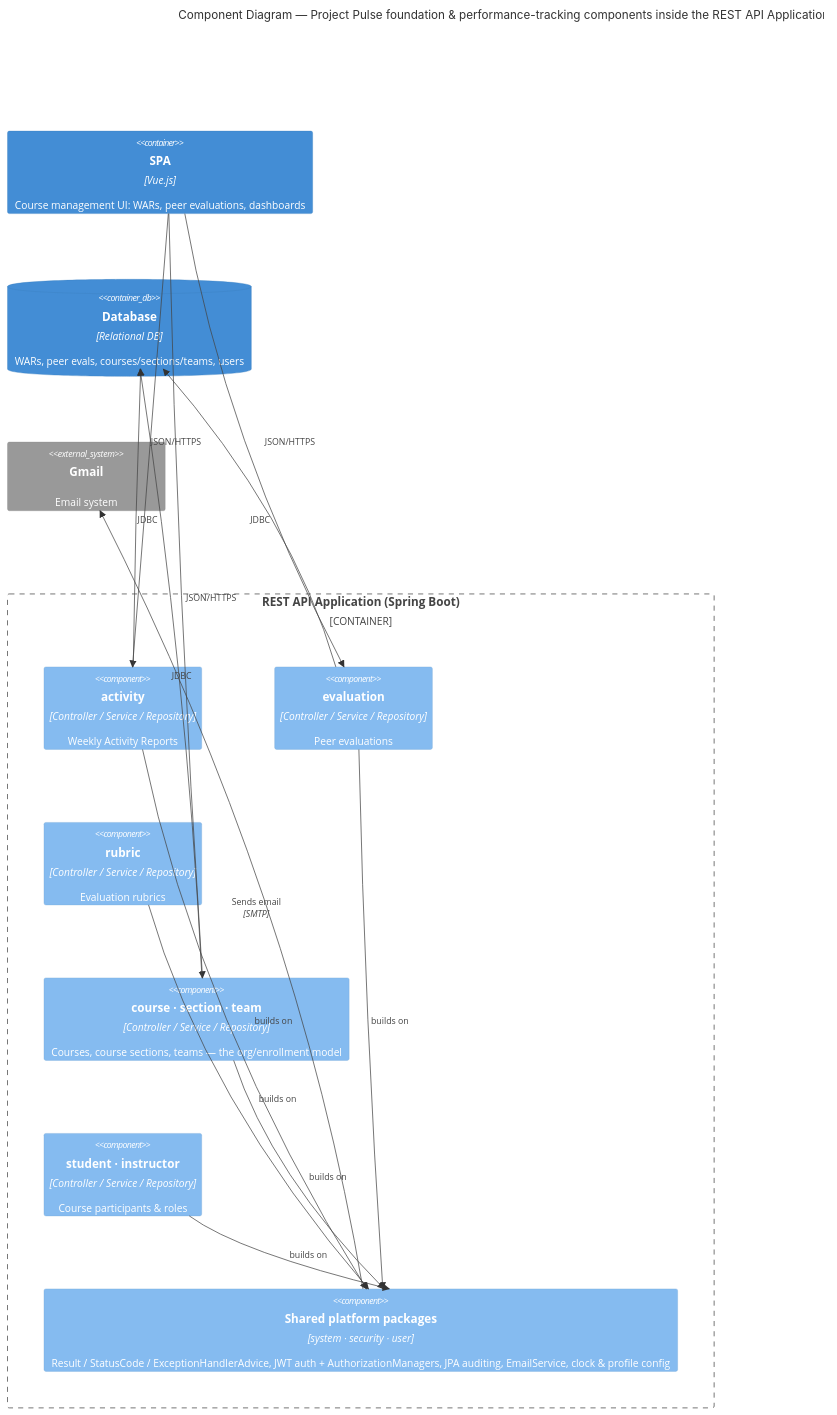
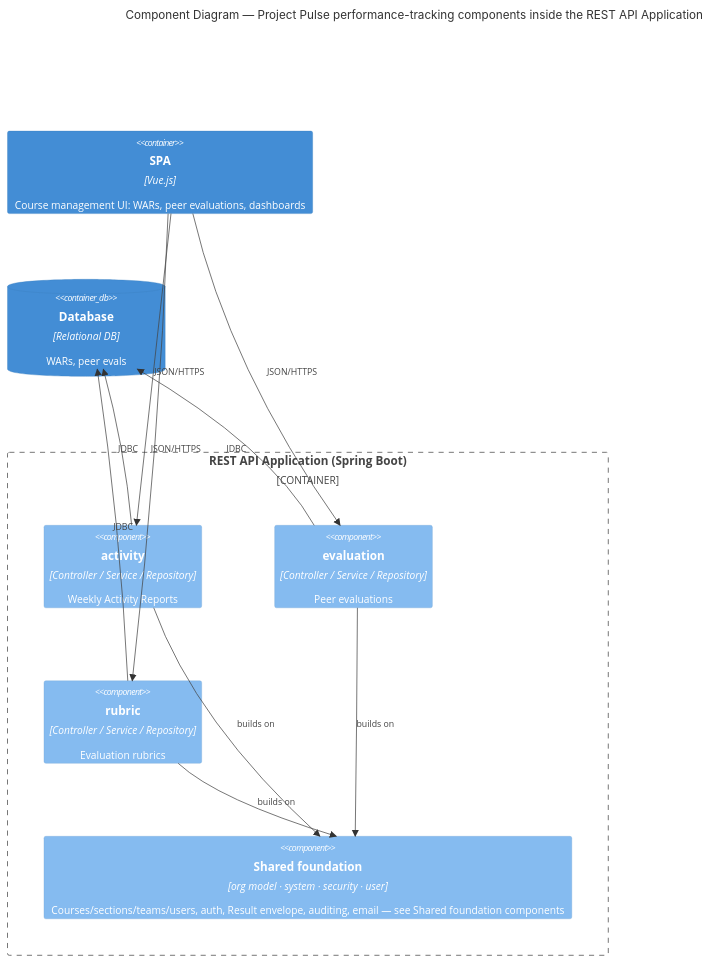
The fourth of 7 diagrams in docs/design/architectural-design.md (Washingtonwei/project-pulse), drawn with Mermaid before and after one commit. The commit also changed other lines of this file and 1 other file, not shown here.

Commit message:
docs(arch): split the non-RAM component view into shared-foundation + performance-tracking diagrams
Replaces the single combined component diagram with three peer subsections — Shared foundation components, Performance-tracking components, RAM components — so the 'two feature areas on one shared foundation' model is visible in the structure, not just the prose. The RAM diagram's shared-base node is relabeled to match (Shared foundation). No inbound links to the removed #components anchor.

````diff
--- a/docs/design/architectural-design.md
+++ b/docs/design/architectural-design.md
@@ -125,31 +155,25 @@
 ```mermaid
 C4Component
-    title Component Diagram — Project Pulse foundation & performance-tracking components inside the REST API Application
+    title Component Diagram — Project Pulse performance-tracking components inside the REST API Application
 
     Container(spa, "SPA", "Vue.js", "Course management UI: WARs, peer evaluations, dashboards")
 
     Container_Boundary(api, "REST API Application (Spring Boot)") {
         Component(activity, "activity", "Controller / Service / Repository", "Weekly Activity Reports")
         Component(evaluation, "evaluation", "Controller / Service / Repository", "Peer evaluations")
         Component(rubric, "rubric", "Controller / Service / Repository", "Evaluation rubrics")
-        Component(org, "course · section · team", "Controller / Service / Repository", "Courses, course sections, teams — the org/enrollment model")
-        Component(people, "student · instructor", "Controller / Service / Repository", "Course participants & roles")
-        Component(shared, "Shared platform packages", "system · security · user", "Result / StatusCode / ExceptionHandlerAdvice, JWT auth + AuthorizationManagers, JPA auditing, EmailService, clock & profile config")
+        Component(foundation, "Shared foundation", "org model · system · security · user", "Courses/sections/teams/users, auth, Result envelope, auditing, email — see Shared foundation components")
     }
 
-    ContainerDb(db, "Database", "Relational DB", "WARs, peer evals, courses/sections/teams, users")
-    System_Ext(gmail, "Gmail", "Email system")
+    ContainerDb(db, "Database", "Relational DB", "WARs, peer evals")
 
     Rel_D(spa, activity, "JSON/HTTPS")
     Rel_D(spa, evaluation, "JSON/HTTPS")
-    Rel_D(spa, org, "JSON/HTTPS")
-    Rel(activity, shared, "builds on")
-    Rel(evaluation, shared, "builds on")
-    Rel(rubric, shared, "builds on")
-    Rel(org, shared, "builds on")
-    Rel(people, shared, "builds on")
+    Rel_D(spa, rubric, "JSON/HTTPS")
+    Rel(activity, foundation, "builds on")
+    Rel(evaluation, foundation, "builds on")
+    Rel(rubric, foundation, "builds on")
     Rel_D(activity, db, "JDBC")
     Rel_D(evaluation, db, "JDBC")
-    Rel_D(org, db, "JDBC")
-    Rel(shared, gmail, "Sends email", "SMTP")
+    Rel_D(rubric, db, "JDBC")
 ```
````
